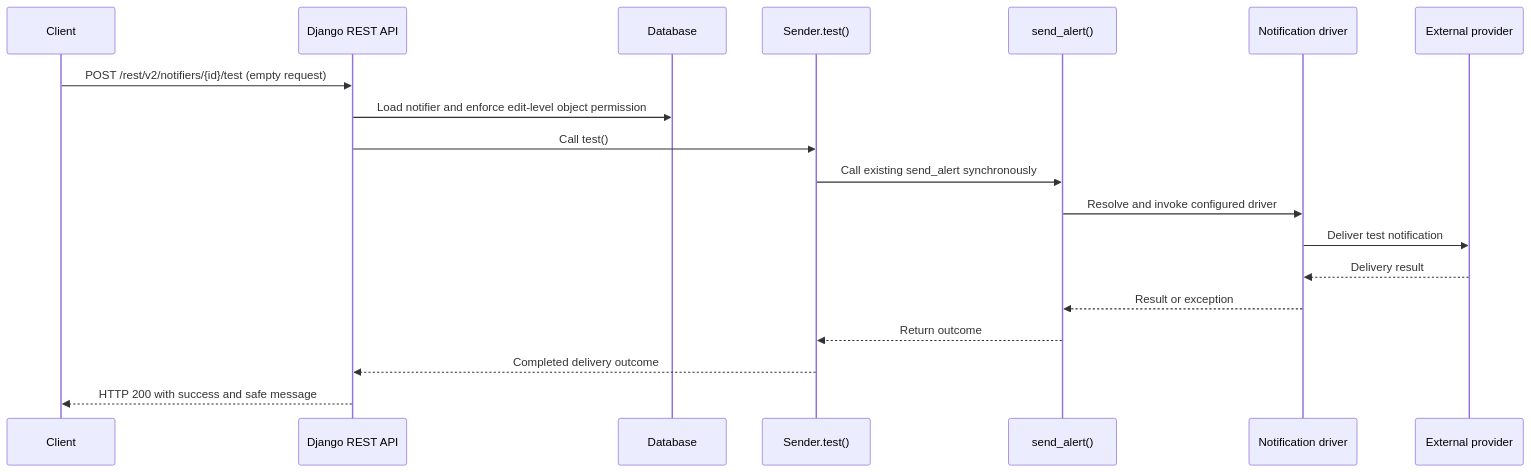
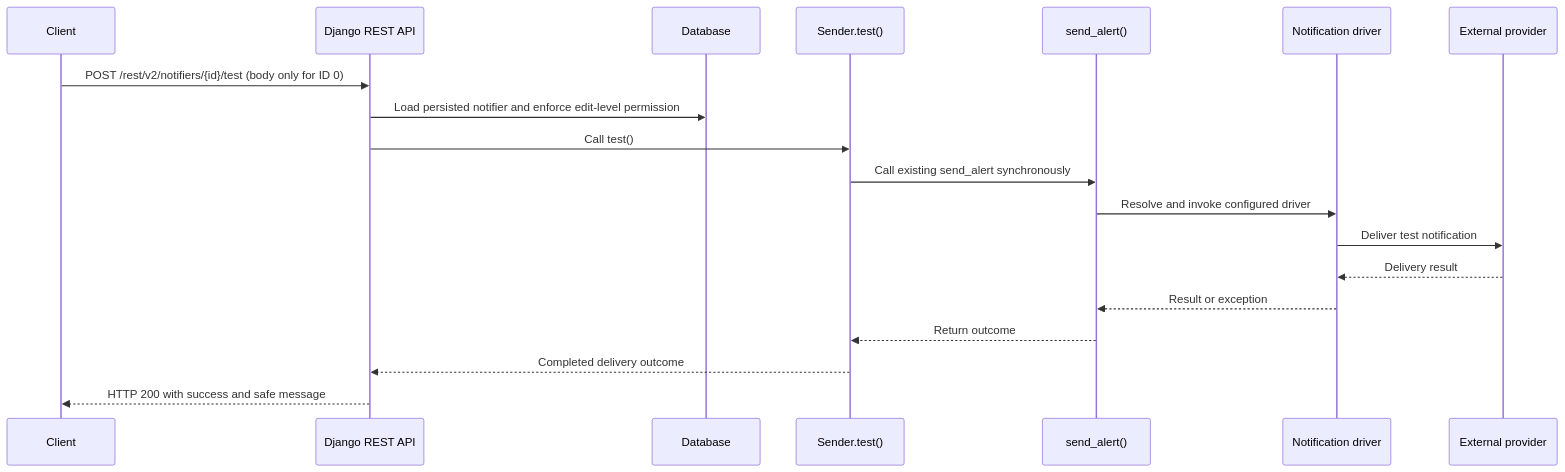
The second of 2 diagrams in aidd-docs/2026-10-21-9bd7b2f9/inception/reverse-engineering/architecture.md (hoangpn/promgen), drawn with Mermaid before and after one commit. The commit also changed other lines of this file and 20 other files, not shown here.

Commit message:
aidd: construction/uow-1-rest-v2-notifier-test-action/stage-5-code-generation-temporary-notifier

````diff
--- a/aidd-docs/2026-10-21-9bd7b2f9/inception/reverse-engineering/architecture.md
+++ b/aidd-docs/2026-10-21-9bd7b2f9/inception/reverse-engineering/architecture.md
@@ -38,21 +38,21 @@
 ```mermaid
 sequenceDiagram
   participant Client
   participant API as Django REST API
   participant DB as Database
   participant Sender as Sender.test()
   participant Task as send_alert()
   participant Driver as Notification driver
   participant Provider as External provider
-  Client->>API: POST /rest/v2/notifiers/{id}/test (empty request)
-  API->>DB: Load notifier and enforce edit-level object permission
+  Client->>API: POST /rest/v2/notifiers/{id}/test (body only for ID 0)
+  API->>DB: Load persisted notifier and enforce edit-level permission
   API->>Sender: Call test()
   Sender->>Task: Call existing send_alert synchronously
   Task->>Driver: Resolve and invoke configured driver
   Driver->>Provider: Deliver test notification
   Provider-->>Driver: Delivery result
   Driver-->>Task: Result or exception
   Task-->>Sender: Return outcome
   Sender-->>API: Completed delivery outcome
   API-->>Client: HTTP 200 with success and safe message
 ```
````
